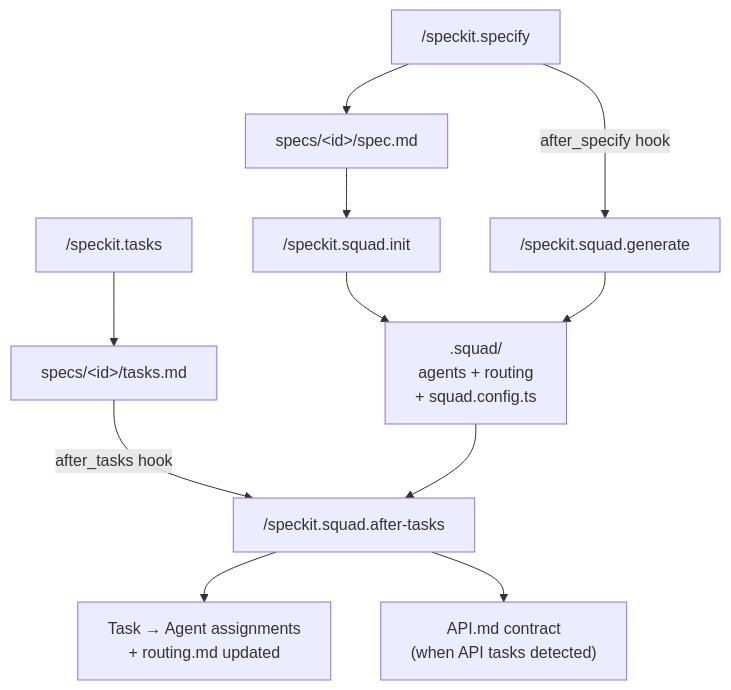
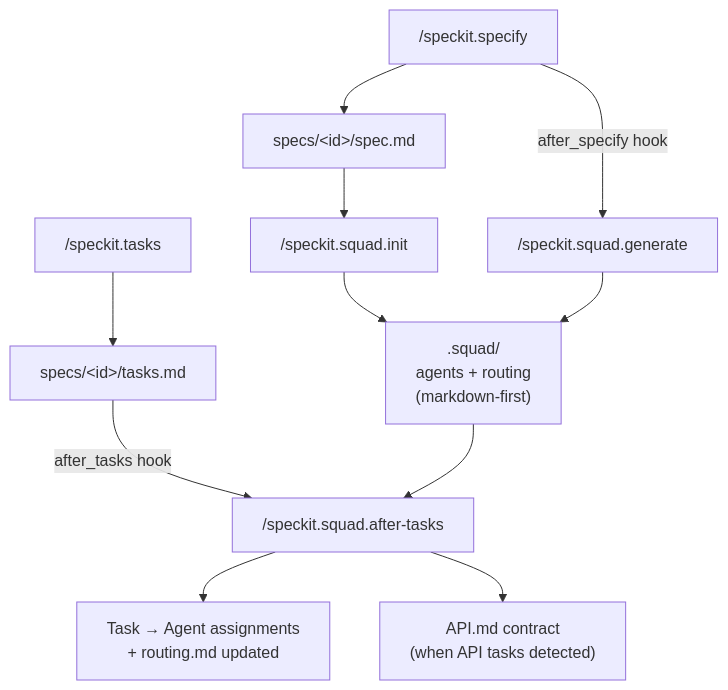
One commit to DouglasHennrich/spec-kit-squad changed the first of 2 diagrams in README.md. Above: the diagram before and after it, drawn with Mermaid. The commit also changed other lines of this file and 2 other files, not shown here.

First line of the commit message:
chore: update documentation to reflect markdown-first Squad workflow

````diff
--- a/README.md
+++ b/README.md
@@ -15,13 +15,13 @@
 ```mermaid
 flowchart TD
     A["/speckit.specify"] --> B["specs/&lt;id&gt;/spec.md"]
     B --> C["/speckit.squad.init"]
-    C --> D[".squad/\nagents + routing\n+ squad.config.ts"]
+    C --> D[".squad/\nagents + routing\n(markdown-first)"]
     A -->|"after_specify hook"| GEN["/speckit.squad.generate"]
     GEN --> D
     E["/speckit.tasks"] --> F["specs/&lt;id&gt;/tasks.md"]
     F -->|"after_tasks hook"| AT["/speckit.squad.after-tasks"]
     D --> AT
     AT --> H["Task → Agent assignments\n+ routing.md updated"]
     AT --> I["API.md contract\n(when API tasks detected)"]
 ```
````
